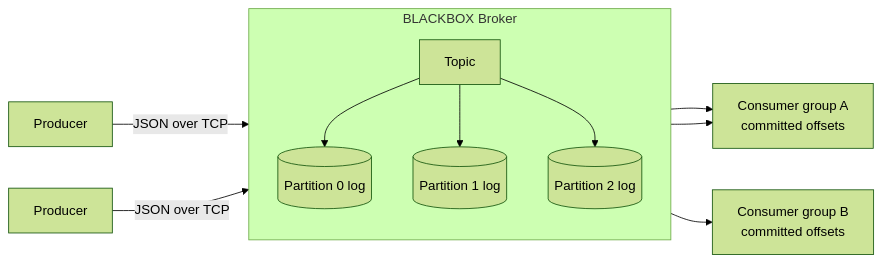
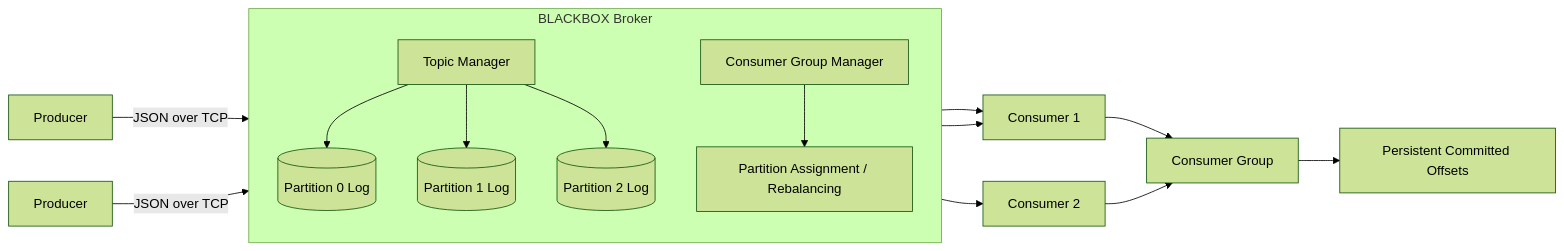
One commit to swamil-5504/swamil-5504 changed the diagram in README.md. Above: the diagram before and after it, drawn with Mermaid (forest theme).

````diff
--- a/README.md
+++ b/README.md
@@ -38,14 +38,23 @@
 ```mermaid
 flowchart LR
     P1[Producer] -->|JSON over TCP| B
     P2[Producer] -->|JSON over TCP| B
+
     subgraph B[BLACKBOX Broker]
         direction TB
-        T[Topic] --> L0[(Partition 0 log)]
-        T --> L1[(Partition 1 log)]
-        T --> L2[(Partition 2 log)]
+        T[Topic Manager] --> L0[(Partition 0 Log)]
+        T --> L1[(Partition 1 Log)]
+        T --> L2[(Partition 2 Log)]
+
+        GM[Consumer Group Manager]
+        GM --> PA[Partition Assignment / Rebalancing]
     end
-    L0 --> C1[Consumer group A<br/>committed offsets]
-    L1 --> C1
-    L2 --> C2[Consumer group B<br/>committed offsets]
+
+    L0 --> C1[Consumer 1]
+    L1 --> C2[Consumer 2]
+    L2 --> C1
+
+    C1 --> CG[Consumer Group]
+    C2 --> CG
+    CG --> O[Persistent Committed Offsets]
 ```
````
